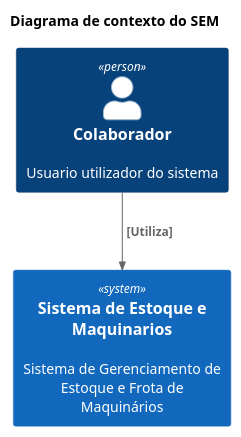
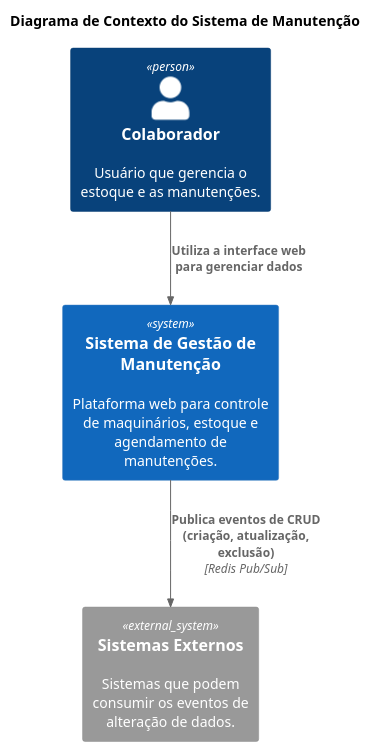
One commit to SPD-BES-2025-3/grupo10 changed the diagram in 2- ARQUITETURA/context.puml. Above: the diagram before and after it, drawn with PlantUML. The commit also changed 39 other files, not shown here.

Commit message:
fix crud de estoque e manutenção

```diff
--- a/2- ARQUITETURA/context.puml
+++ b/2- ARQUITETURA/context.puml
@@ -1,12 +1,13 @@
-@startuml
+@startuml C4_Context
+!include https://raw.githubusercontent.com/plantuml-stdlib/C4-PlantUML/master/C4_Context.puml
 
-!include <C4/C4_Container>
-!include <C4/C4_Component>
+title Diagrama de Contexto do Sistema de Manutenção
 
-title Diagrama de contexto do SEM 
+Person(colaborador, "Colaborador", "Usuário que gerencia o estoque e as manutenções.")
+System(sistema, "Sistema de Gestão de Manutenção", "Plataforma web para controle de maquinários, estoque e agendamento de manutenções.")
+System_Ext(sistemas_externos, "Sistemas Externos", "Sistemas que podem consumir os eventos de alteração de dados.")
 
-Person(Usuario, "Colaborador", "Usuario utilizador do sistema")
-System(SistemaEstoqueMaquinario, "Sistema de Estoque e Maquinarios", "Sistema de Gerenciamento de Estoque e Frota de Maquinários")
-Rel(Usuario, SistemaEstoqueMaquinario, " [Utiliza]")
+Rel(colaborador, sistema, "Utiliza a interface web para gerenciar dados")
+Rel(sistema, sistemas_externos, "Publica eventos de CRUD (criação, atualização, exclusão)", "Redis Pub/Sub")
 
 @enduml
```
